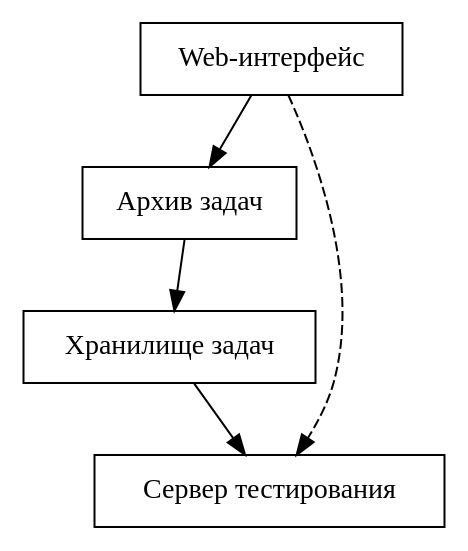
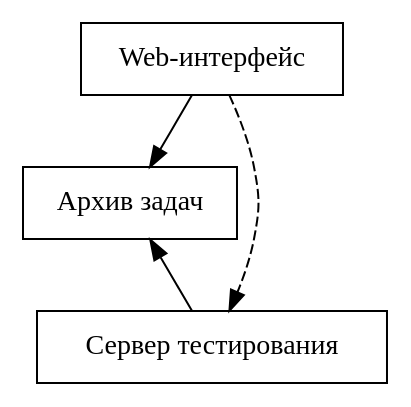
One commit to sarum9in/master_thesis changed the diagram in rs/bacsbasicrpc.dot. Above: the diagram before and after it, drawn with Graphviz.

```diff
--- a/rs/bacsbasicrpc.dot
+++ b/rs/bacsbasicrpc.dot
@@ -1,14 +1,12 @@
 digraph BacsBasicRPC
 {
     node[shape=box];
 
     web[label="Web-интерфейс"];
     archive[label="Архив задач"];
-    storage[label="Хранилище задач"];
     worker[label="Сервер тестирования"];
 
     web->worker[style="dashed"];
     web->archive;
-    archive->storage;
-    storage->worker;
+    archive->worker[dir="back"];
 }
```
